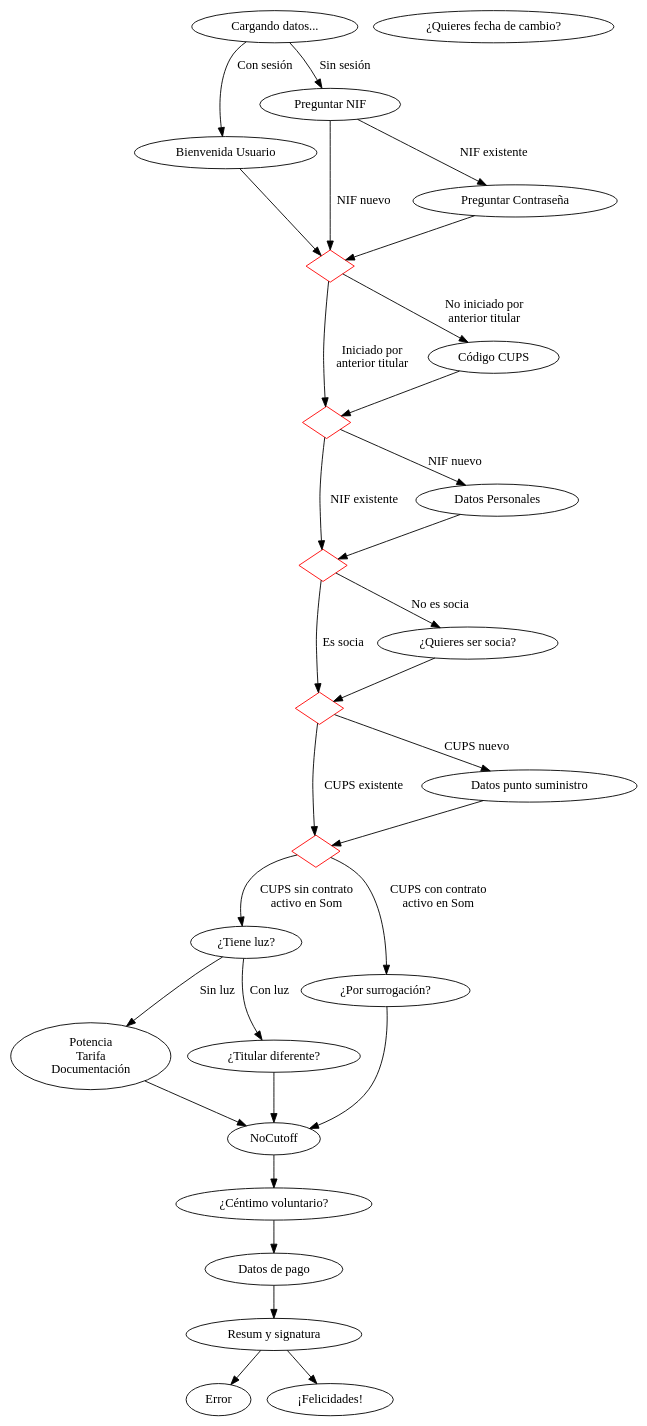
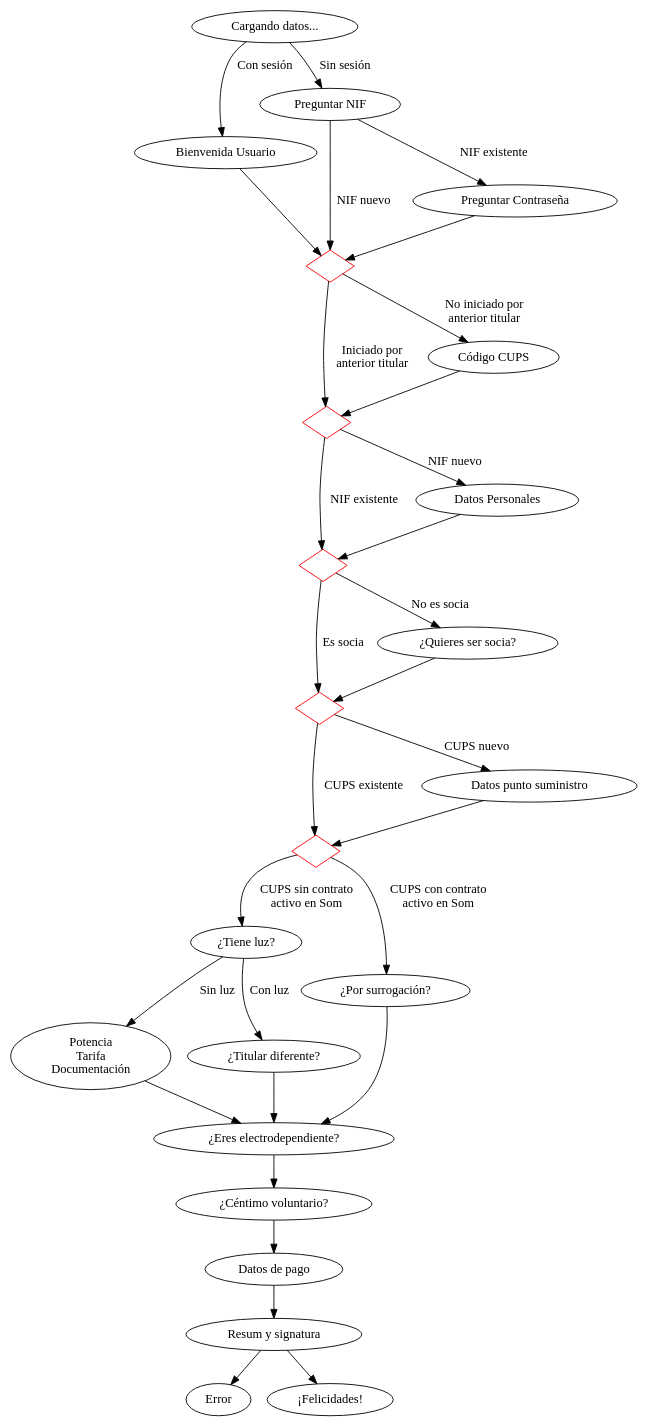
Before and after one commit to Som-Energia/webforms-mithril: the diagram in docs/contract.dot, drawn with Graphviz. The commit also changed 1 other file, not shown here.

Commit message:
doc: updated new pages NoCutoff

```diff
--- a/docs/contract.dot
+++ b/docs/contract.dot
@@ -1,57 +1,57 @@
 digraph G {
     graph [layout=dot]
     
     UserIdentified [color=red, shape=diamond, label=""]
     CupsIdentified [color=red, shape=diamond, label=""]
     MembershipSolved [color=red, shape=diamond, label=""]
     CupsDataCompleted [color=red, shape=diamond, label=""]
     PersonalDataCompleted [color=red, shape=diamond, label=""]
 
 	Loading [label="Cargando datos..."]
 	WelcomeUser [label="Bienvenida Usuario"]
 	Nif [label="Preguntar NIF"]
 	Password [label="Preguntar Contraseña"]
 	PersonalData [label="Datos Personales"]
 	CupsCode [label="Código CUPS"]
 	BecomeMember [label="¿Quieres ser socia?"]
 	CupsData [label="Datos punto suministro"]
 	HasSupply [label="¿Tiene luz?"]
 	Technical [label="Potencia\nTarifa\nDocumentación"]
 	NewHolder [label="¿Titular diferente?"]
 	Surrogation [label="¿Por surrogación?"]
-	SwitchDate [label="¿Quieres fecha de cambio?"]
+	NoCutoff [label="¿Eres electrodependiente?"]
 	VoluntaryCent [label="¿Céntimo voluntario?"]
 	Payment [label="Datos de pago"]
 	Summary [label="Resum y signatura"]
 	Error [label="Error"]
 	Success [label="¡Felicidades!"]
 
    
     Loading -> WelcomeUser [id="hasSession" label="Con sesión"]
     Loading -> Nif [id="noSession" label="Sin sesión"]
     Nif -> Password [id="existingVat" label="NIF existente"]
     Nif -> UserIdentified [id="newVat" label="NIF nuevo"]
     WelcomeUser -> UserIdentified
     Password -> UserIdentified
     UserIdentified -> CupsCode [id="noStartedByOldHolder" label="No iniciado por\nanterior titular"]
     CupsCode -> CupsIdentified
     UserIdentified -> CupsIdentified [id="startedByOldHolder" label="Iniciado por\nanterior titular"]
     CupsIdentified -> PersonalData [id="newVat2" label="NIF nuevo"]
     CupsIdentified -> PersonalDataCompleted [id="existingVat" label="NIF existente"]
     PersonalData -> PersonalDataCompleted
     PersonalDataCompleted -> BecomeMember [id="notMember" label="No es socia"]
     PersonalDataCompleted -> MembershipSolved [id="isMember" label="Es socia"]
     BecomeMember -> MembershipSolved
     MembershipSolved -> CupsData [id="newCups" label="CUPS nuevo"]
     MembershipSolved -> CupsDataCompleted [id="existingCups" label="CUPS existente"]
     CupsData -> CupsDataCompleted
     CupsDataCompleted -> HasSupply [id="noActiveCups" label="CUPS sin contrato\nactivo en Som"]
     CupsDataCompleted -> Surrogation [id="isActiveCups" label="CUPS con contrato\nactivo en Som"]
     HasSupply -> Technical [id=noSupply label="Sin luz"]
     Technical -> NoCutoff
     HasSupply -> NewHolder [id=hasSupply label="Con luz"]
     NewHolder -> NoCutoff
     Surrogation -> NoCutoff -> VoluntaryCent -> Payment -> Summary 
     Summary ->  Error
     Summary -> Success
 } 
```
